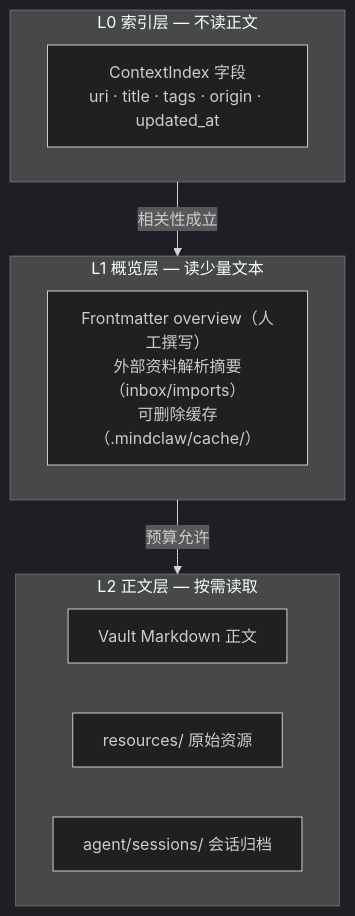
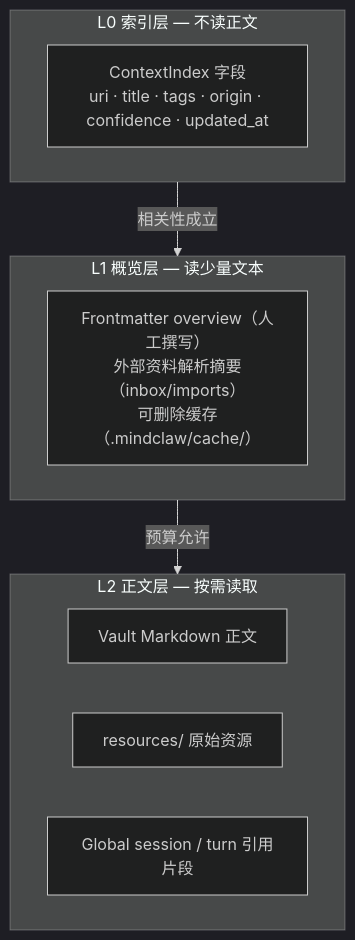
Before and after one commit to zhuxining/MindClaw: the third of 4 diagrams in docs/architecture/06-storage.md, drawn with Mermaid (dark theme). The commit also changed other lines of this file and 17 other files, not shown here.

Commit message:
Refine architecture docs for vault-backed config

````diff
--- a/docs/architecture/06-storage.md
+++ b/docs/architecture/06-storage.md
@@ -363,19 +369,19 @@
 ```mermaid
 flowchart TB
     subgraph L0["L0 索引层 — 不读正文"]
-        L0_fields["ContextIndex 字段<br/>uri · title · tags · origin · updated_at"]
+        L0_fields["ContextIndex 字段<br/>uri · title · tags · origin · confidence · updated_at"]
     end
 
     subgraph L1["L1 概览层 — 读少量文本"]
         L1_overview["Frontmatter overview（人工撰写）<br/>外部资料解析摘要（inbox/imports）<br/>可删除缓存（.mindclaw/cache/）"]
     end
 
     subgraph L2["L2 正文层 — 按需读取"]
         L2_md["Vault Markdown 正文"]
         L2_raw["resources/ 原始资源"]
-        L2_archive["agent/sessions/ 会话归档"]
+        L2_session["Global session / turn 引用片段"]
     end
 
     L0 -->|"相关性成立"| L1
     L1 -->|"预算允许"| L2
 ```
````
